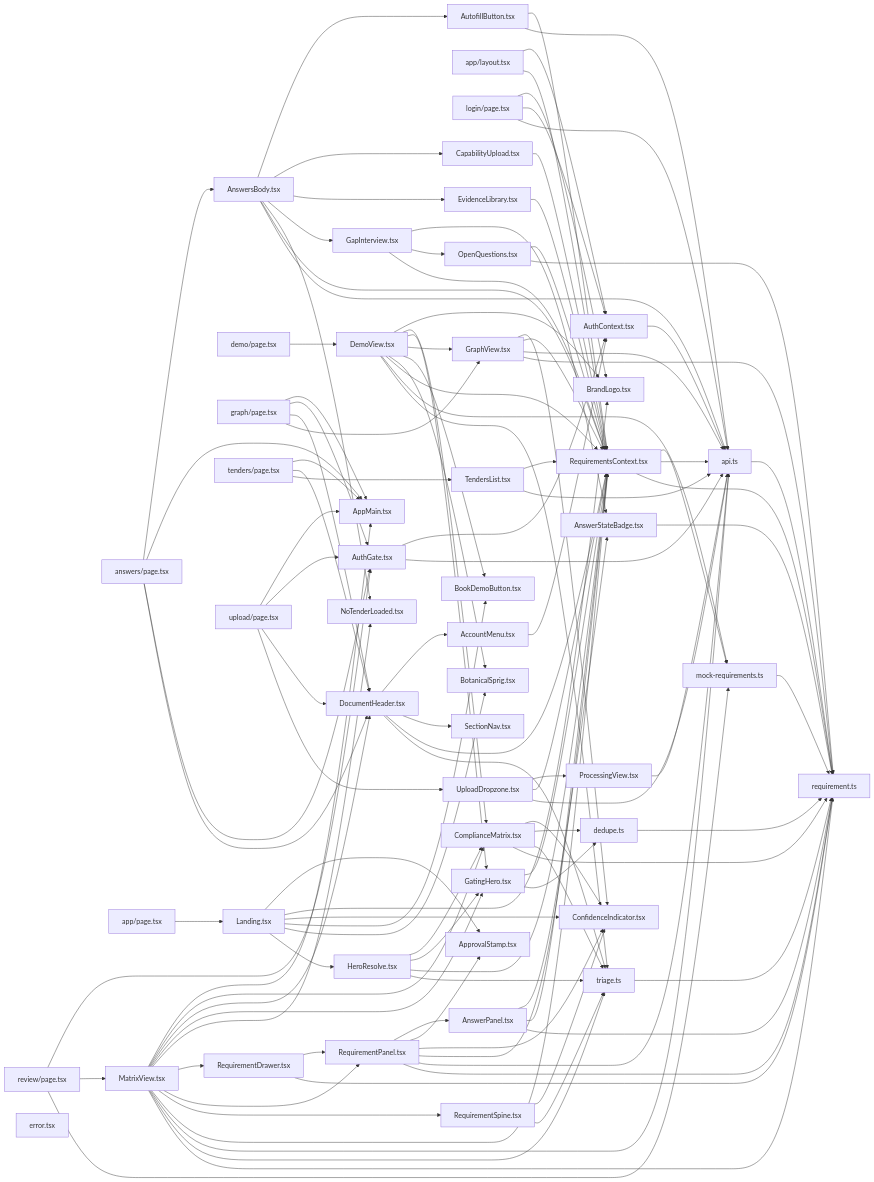
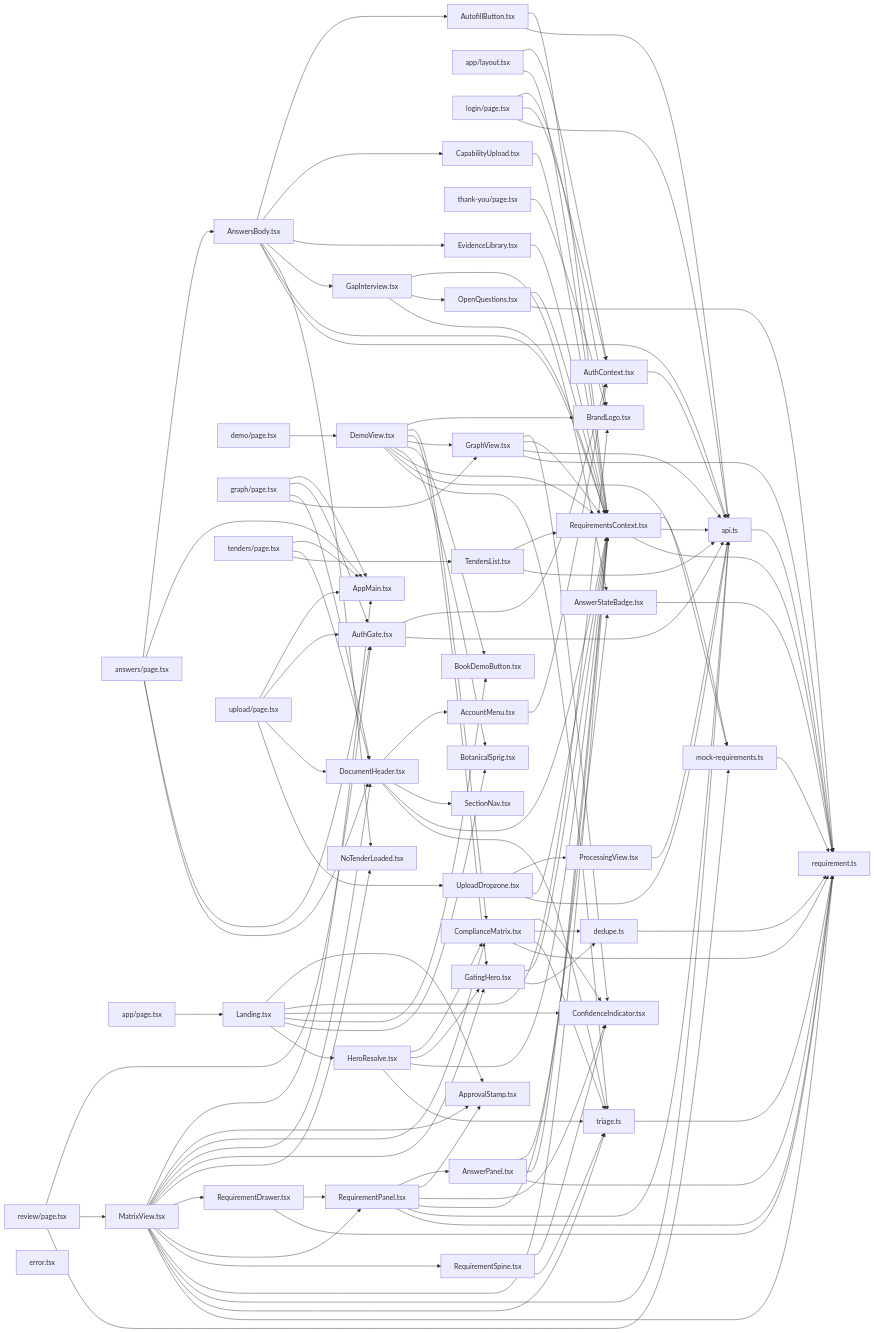
The second of 3 diagrams in CODEMAP.md (Welddevelopment/Bidframe), drawn with Mermaid before and after one commit. The commit also changed other lines of this file and 19 other files, not shown here.

First line of the commit message:
feat(frontend): design uplift — deal-breaker alarm, win moment, /thank-you, status labels

````diff
--- a/CODEMAP.md
+++ b/CODEMAP.md
@@ -63,101 +63,103 @@
   n20[tenders/page.tsx] --> n2[AppMain.tsx]
   n20[tenders/page.tsx] --> n4[DocumentHeader.tsx]
   n20[tenders/page.tsx] --> n21[TendersList.tsx]
-  n22[upload/page.tsx] --> n2[AppMain.tsx]
-  n22[upload/page.tsx] --> n3[AuthGate.tsx]
-  n22[upload/page.tsx] --> n4[DocumentHeader.tsx]
-  n22[upload/page.tsx] --> n23[UploadDropzone.tsx]
-  n24[AccountMenu.tsx] --> n10[AuthContext.tsx]
-  n25[AnswerPanel.tsx] --> n26[AnswerStateBadge.tsx]
-  n25[AnswerPanel.tsx] --> n11[RequirementsContext.tsx]
-  n25[AnswerPanel.tsx] --> n27[requirement.ts]
-  n26[AnswerStateBadge.tsx] --> n27[requirement.ts]
-  n1[AnswersBody.tsx] --> n28[AutofillButton.tsx]
-  n1[AnswersBody.tsx] --> n29[CapabilityUpload.tsx]
-  n1[AnswersBody.tsx] --> n30[EvidenceLibrary.tsx]
-  n1[AnswersBody.tsx] --> n31[GapInterview.tsx]
-  n1[AnswersBody.tsx] --> n32[NoTenderLoaded.tsx]
+  n22[thank-you/page.tsx] --> n13[BrandLogo.tsx]
+  n23[upload/page.tsx] --> n2[AppMain.tsx]
+  n23[upload/page.tsx] --> n3[AuthGate.tsx]
+  n23[upload/page.tsx] --> n4[DocumentHeader.tsx]
+  n23[upload/page.tsx] --> n24[UploadDropzone.tsx]
+  n25[AccountMenu.tsx] --> n10[AuthContext.tsx]
+  n26[AnswerPanel.tsx] --> n27[AnswerStateBadge.tsx]
+  n26[AnswerPanel.tsx] --> n11[RequirementsContext.tsx]
+  n26[AnswerPanel.tsx] --> n28[requirement.ts]
+  n27[AnswerStateBadge.tsx] --> n28[requirement.ts]
+  n1[AnswersBody.tsx] --> n29[AutofillButton.tsx]
+  n1[AnswersBody.tsx] --> n30[CapabilityUpload.tsx]
+  n1[AnswersBody.tsx] --> n31[EvidenceLibrary.tsx]
+  n1[AnswersBody.tsx] --> n32[GapInterview.tsx]
+  n1[AnswersBody.tsx] --> n33[NoTenderLoaded.tsx]
   n1[AnswersBody.tsx] --> n11[RequirementsContext.tsx]
   n1[AnswersBody.tsx] --> n14[api.ts]
   n3[AuthGate.tsx] --> n10[AuthContext.tsx]
   n3[AuthGate.tsx] --> n14[api.ts]
-  n28[AutofillButton.tsx] --> n11[RequirementsContext.tsx]
-  n28[AutofillButton.tsx] --> n14[api.ts]
-  n29[CapabilityUpload.tsx] --> n11[RequirementsContext.tsx]
-  n33[ComplianceMatrix.tsx] --> n34[ConfidenceIndicator.tsx]
-  n33[ComplianceMatrix.tsx] --> n35[dedupe.ts]
-  n33[ComplianceMatrix.tsx] --> n36[triage.ts]
-  n33[ComplianceMatrix.tsx] --> n27[requirement.ts]
+  n29[AutofillButton.tsx] --> n11[RequirementsContext.tsx]
+  n29[AutofillButton.tsx] --> n14[api.ts]
+  n30[CapabilityUpload.tsx] --> n11[RequirementsContext.tsx]
+  n34[ComplianceMatrix.tsx] --> n35[ConfidenceIndicator.tsx]
+  n34[ComplianceMatrix.tsx] --> n36[dedupe.ts]
+  n34[ComplianceMatrix.tsx] --> n37[triage.ts]
+  n34[ComplianceMatrix.tsx] --> n28[requirement.ts]
   n6[DemoView.tsx] --> n13[BrandLogo.tsx]
-  n6[DemoView.tsx] --> n33[ComplianceMatrix.tsx]
-  n6[DemoView.tsx] --> n37[GatingHero.tsx]
+  n6[DemoView.tsx] --> n34[ComplianceMatrix.tsx]
+  n6[DemoView.tsx] --> n38[GatingHero.tsx]
   n6[DemoView.tsx] --> n8[GraphView.tsx]
-  n6[DemoView.tsx] --> n38[BookDemoButton.tsx]
-  n6[DemoView.tsx] --> n39[BotanicalSprig.tsx]
+  n6[DemoView.tsx] --> n39[BookDemoButton.tsx]
+  n6[DemoView.tsx] --> n40[BotanicalSprig.tsx]
   n6[DemoView.tsx] --> n11[RequirementsContext.tsx]
   n6[DemoView.tsx] --> n19[mock-requirements.ts]
-  n6[DemoView.tsx] --> n36[triage.ts]
-  n4[DocumentHeader.tsx] --> n24[AccountMenu.tsx]
-  n4[DocumentHeader.tsx] --> n40[SectionNav.tsx]
+  n6[DemoView.tsx] --> n37[triage.ts]
+  n4[DocumentHeader.tsx] --> n25[AccountMenu.tsx]
+  n4[DocumentHeader.tsx] --> n41[SectionNav.tsx]
   n4[DocumentHeader.tsx] --> n11[RequirementsContext.tsx]
-  n4[DocumentHeader.tsx] --> n36[triage.ts]
-  n30[EvidenceLibrary.tsx] --> n11[RequirementsContext.tsx]
-  n31[GapInterview.tsx] --> n26[AnswerStateBadge.tsx]
-  n31[GapInterview.tsx] --> n41[OpenQuestions.tsx]
-  n31[GapInterview.tsx] --> n11[RequirementsContext.tsx]
-  n37[GatingHero.tsx] --> n11[RequirementsContext.tsx]
-  n37[GatingHero.tsx] --> n35[dedupe.ts]
-  n8[GraphView.tsx] --> n34[ConfidenceIndicator.tsx]
+  n4[DocumentHeader.tsx] --> n37[triage.ts]
+  n31[EvidenceLibrary.tsx] --> n11[RequirementsContext.tsx]
+  n32[GapInterview.tsx] --> n27[AnswerStateBadge.tsx]
+  n32[GapInterview.tsx] --> n42[OpenQuestions.tsx]
+  n32[GapInterview.tsx] --> n11[RequirementsContext.tsx]
+  n38[GatingHero.tsx] --> n11[RequirementsContext.tsx]
+  n38[GatingHero.tsx] --> n36[dedupe.ts]
+  n8[GraphView.tsx] --> n35[ConfidenceIndicator.tsx]
   n8[GraphView.tsx] --> n11[RequirementsContext.tsx]
   n8[GraphView.tsx] --> n14[api.ts]
-  n8[GraphView.tsx] --> n27[requirement.ts]
+  n8[GraphView.tsx] --> n28[requirement.ts]
   n18[MatrixView.tsx] --> n2[AppMain.tsx]
-  n18[MatrixView.tsx] --> n33[ComplianceMatrix.tsx]
+  n18[MatrixView.tsx] --> n43[ApprovalStamp.tsx]
+  n18[MatrixView.tsx] --> n34[ComplianceMatrix.tsx]
   n18[MatrixView.tsx] --> n4[DocumentHeader.tsx]
-  n18[MatrixView.tsx] --> n37[GatingHero.tsx]
-  n18[MatrixView.tsx] --> n32[NoTenderLoaded.tsx]
-  n18[MatrixView.tsx] --> n42[RequirementDrawer.tsx]
-  n18[MatrixView.tsx] --> n43[RequirementPanel.tsx]
-  n18[MatrixView.tsx] --> n44[RequirementSpine.tsx]
+  n18[MatrixView.tsx] --> n38[GatingHero.tsx]
+  n18[MatrixView.tsx] --> n33[NoTenderLoaded.tsx]
+  n18[MatrixView.tsx] --> n44[RequirementDrawer.tsx]
+  n18[MatrixView.tsx] --> n45[RequirementPanel.tsx]
+  n18[MatrixView.tsx] --> n46[RequirementSpine.tsx]
   n18[MatrixView.tsx] --> n11[RequirementsContext.tsx]
   n18[MatrixView.tsx] --> n14[api.ts]
-  n18[MatrixView.tsx] --> n36[triage.ts]
-  n18[MatrixView.tsx] --> n27[requirement.ts]
-  n41[OpenQuestions.tsx] --> n11[RequirementsContext.tsx]
-  n41[OpenQuestions.tsx] --> n27[requirement.ts]
-  n45[ProcessingView.tsx] --> n14[api.ts]
-  n42[RequirementDrawer.tsx] --> n43[RequirementPanel.tsx]
-  n42[RequirementDrawer.tsx] --> n27[requirement.ts]
-  n43[RequirementPanel.tsx] --> n25[AnswerPanel.tsx]
-  n43[RequirementPanel.tsx] --> n46[ApprovalStamp.tsx]
-  n43[RequirementPanel.tsx] --> n34[ConfidenceIndicator.tsx]
-  n43[RequirementPanel.tsx] --> n11[RequirementsContext.tsx]
-  n43[RequirementPanel.tsx] --> n14[api.ts]
-  n43[RequirementPanel.tsx] --> n27[requirement.ts]
-  n44[RequirementSpine.tsx] --> n34[ConfidenceIndicator.tsx]
-  n44[RequirementSpine.tsx] --> n36[triage.ts]
+  n18[MatrixView.tsx] --> n37[triage.ts]
+  n18[MatrixView.tsx] --> n28[requirement.ts]
+  n42[OpenQuestions.tsx] --> n11[RequirementsContext.tsx]
+  n42[OpenQuestions.tsx] --> n28[requirement.ts]
+  n47[ProcessingView.tsx] --> n14[api.ts]
+  n44[RequirementDrawer.tsx] --> n45[RequirementPanel.tsx]
+  n44[RequirementDrawer.tsx] --> n28[requirement.ts]
+  n45[RequirementPanel.tsx] --> n26[AnswerPanel.tsx]
+  n45[RequirementPanel.tsx] --> n43[ApprovalStamp.tsx]
+  n45[RequirementPanel.tsx] --> n35[ConfidenceIndicator.tsx]
+  n45[RequirementPanel.tsx] --> n11[RequirementsContext.tsx]
+  n45[RequirementPanel.tsx] --> n14[api.ts]
+  n45[RequirementPanel.tsx] --> n28[requirement.ts]
+  n46[RequirementSpine.tsx] --> n35[ConfidenceIndicator.tsx]
+  n46[RequirementSpine.tsx] --> n37[triage.ts]
   n21[TendersList.tsx] --> n11[RequirementsContext.tsx]
   n21[TendersList.tsx] --> n14[api.ts]
-  n23[UploadDropzone.tsx] --> n45[ProcessingView.tsx]
-  n23[UploadDropzone.tsx] --> n11[RequirementsContext.tsx]
-  n23[UploadDropzone.tsx] --> n14[api.ts]
-  n47[HeroResolve.tsx] --> n33[ComplianceMatrix.tsx]
-  n47[HeroResolve.tsx] --> n37[GatingHero.tsx]
-  n47[HeroResolve.tsx] --> n11[RequirementsContext.tsx]
-  n47[HeroResolve.tsx] --> n36[triage.ts]
-  n16[Landing.tsx] --> n46[ApprovalStamp.tsx]
+  n24[UploadDropzone.tsx] --> n47[ProcessingView.tsx]
+  n24[UploadDropzone.tsx] --> n11[RequirementsContext.tsx]
+  n24[UploadDropzone.tsx] --> n14[api.ts]
+  n48[HeroResolve.tsx] --> n34[ComplianceMatrix.tsx]
+  n48[HeroResolve.tsx] --> n38[GatingHero.tsx]
+  n48[HeroResolve.tsx] --> n11[RequirementsContext.tsx]
+  n48[HeroResolve.tsx] --> n37[triage.ts]
+  n16[Landing.tsx] --> n43[ApprovalStamp.tsx]
   n16[Landing.tsx] --> n13[BrandLogo.tsx]
-  n16[Landing.tsx] --> n34[ConfidenceIndicator.tsx]
-  n16[Landing.tsx] --> n38[BookDemoButton.tsx]
-  n16[Landing.tsx] --> n39[BotanicalSprig.tsx]
-  n16[Landing.tsx] --> n47[HeroResolve.tsx]
+  n16[Landing.tsx] --> n35[ConfidenceIndicator.tsx]
+  n16[Landing.tsx] --> n39[BookDemoButton.tsx]
+  n16[Landing.tsx] --> n40[BotanicalSprig.tsx]
+  n16[Landing.tsx] --> n48[HeroResolve.tsx]
   n10[AuthContext.tsx] --> n14[api.ts]
   n11[RequirementsContext.tsx] --> n19[mock-requirements.ts]
   n11[RequirementsContext.tsx] --> n14[api.ts]
-  n11[RequirementsContext.tsx] --> n27[requirement.ts]
-  n19[mock-requirements.ts] --> n27[requirement.ts]
-  n14[api.ts] --> n27[requirement.ts]
-  n35[dedupe.ts] --> n27[requirement.ts]
-  n36[triage.ts] --> n27[requirement.ts]
-  n48[error.tsx]
+  n11[RequirementsContext.tsx] --> n28[requirement.ts]
+  n19[mock-requirements.ts] --> n28[requirement.ts]
+  n14[api.ts] --> n28[requirement.ts]
+  n36[dedupe.ts] --> n28[requirement.ts]
+  n37[triage.ts] --> n28[requirement.ts]
+  n49[error.tsx]
 ```
````
